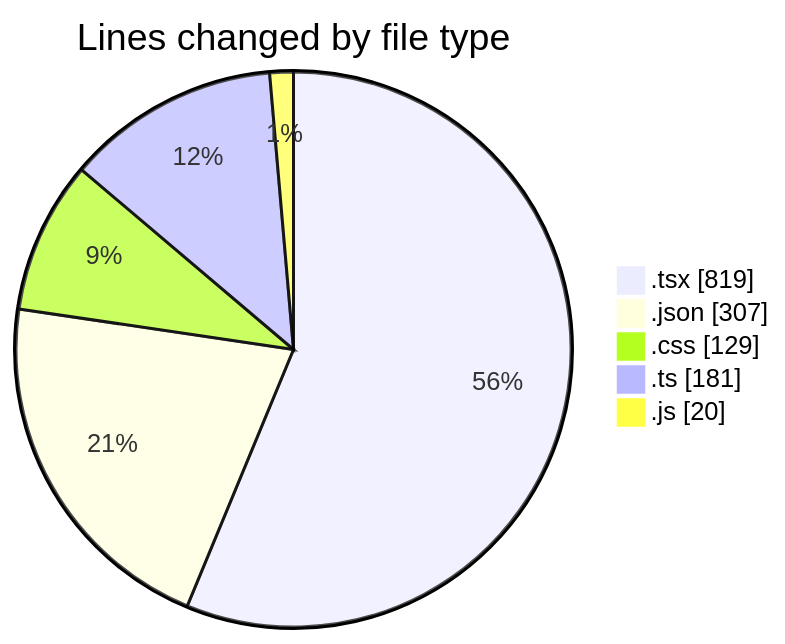
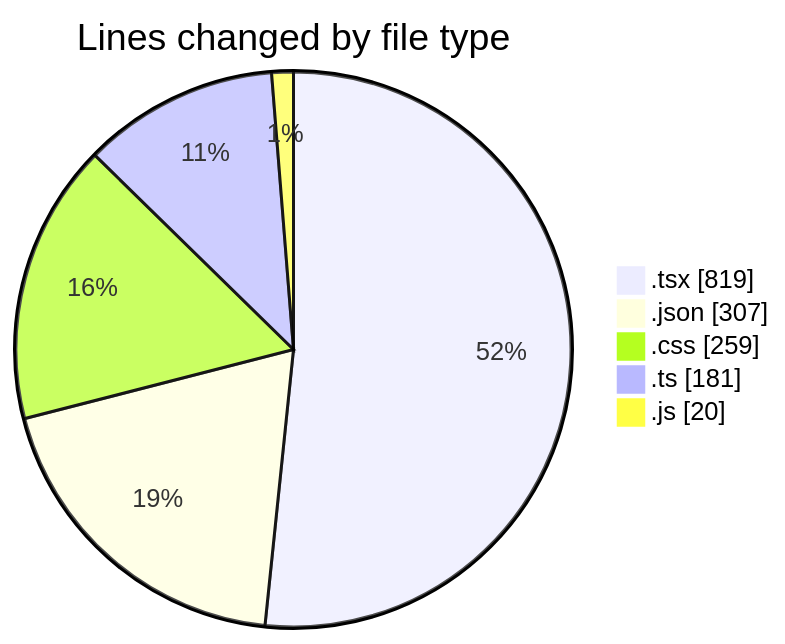
One commit to Elitesun/code-tracking changed the first of 2 diagrams in 2025-05-04/niten/README.md. Above: the diagram before and after it, drawn with Mermaid. The commit also changed other lines of this file and 1 other file, not shown here.

````diff
--- a/2025-05-04/niten/README.md
+++ b/2025-05-04/niten/README.md
@@ -40,9 +40,9 @@
 ```mermaid
 pie showData
 title Lines changed by file type
 ".tsx" : 819
 ".json" : 307
-".css" : 129
+".css" : 259
 ".ts" : 181
 ".js" : 20
 ```
````
